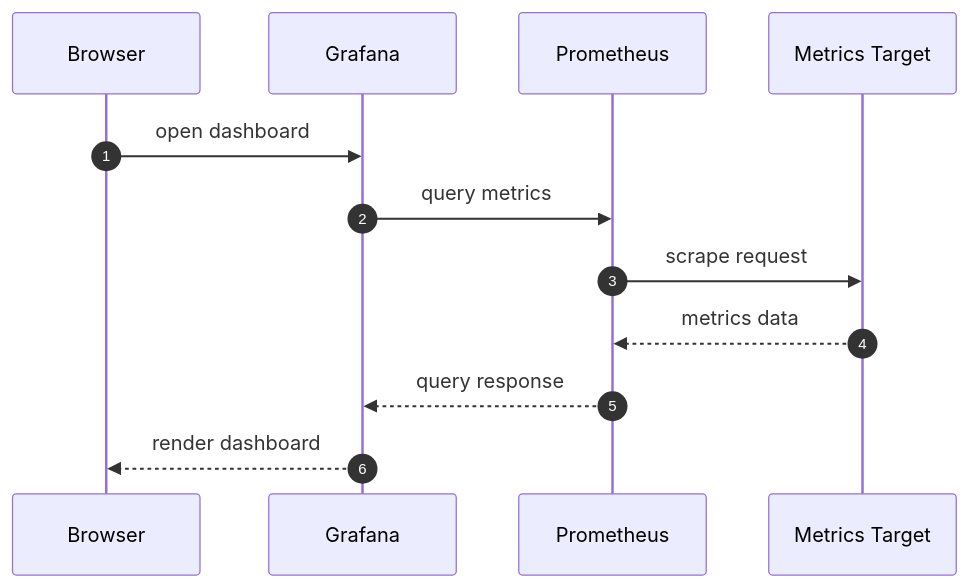
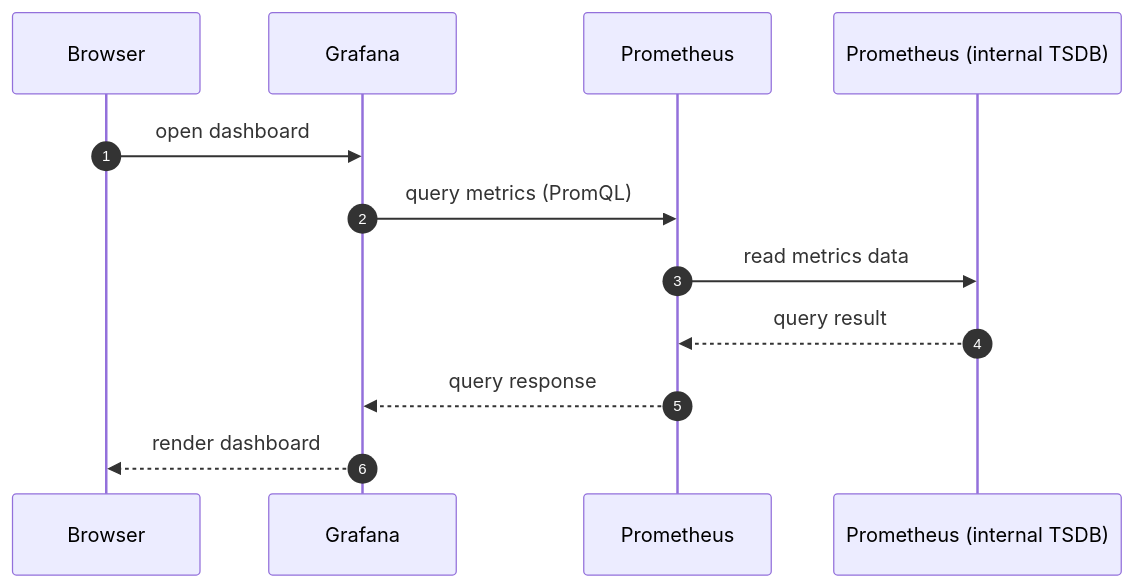
The third of 5 diagrams in README.md (refuel-code-135/k8s-ml-inference-platform), drawn with Mermaid before and after one commit. The commit also changed other lines of this file, not shown here.

````diff
--- a/README.md
+++ b/README.md
@@ -56,16 +74,17 @@
 ```mermaid
 sequenceDiagram
     autonumber
 
     participant Browser as Browser
     participant Grafana as Grafana
-    participant Prometheus as Prometheus
-    participant Target as Metrics Target
+    participant Prom as Prometheus
+    participant TSDB as Prometheus (internal TSDB)
 
     Browser ->> Grafana: open dashboard
-    Grafana ->> Prometheus: query metrics
-    Prometheus ->> Target: scrape request
-    Target -->> Prometheus: metrics data
-    Prometheus -->> Grafana: query response
+    Grafana ->> Prom: query metrics (PromQL)
+    Prom ->> TSDB: read metrics data
+    TSDB -->> Prom: query result
+    Prom -->> Grafana: query response
     Grafana -->> Browser: render dashboard
+
 ```
````
